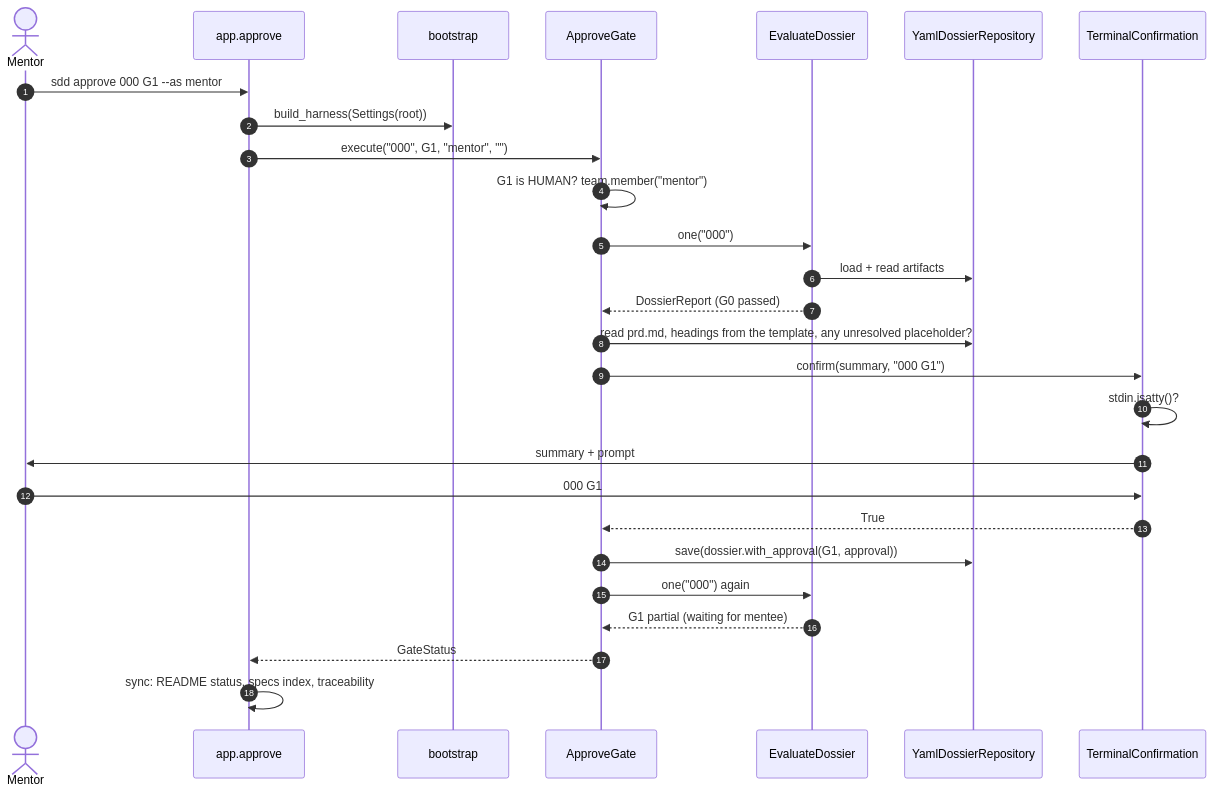
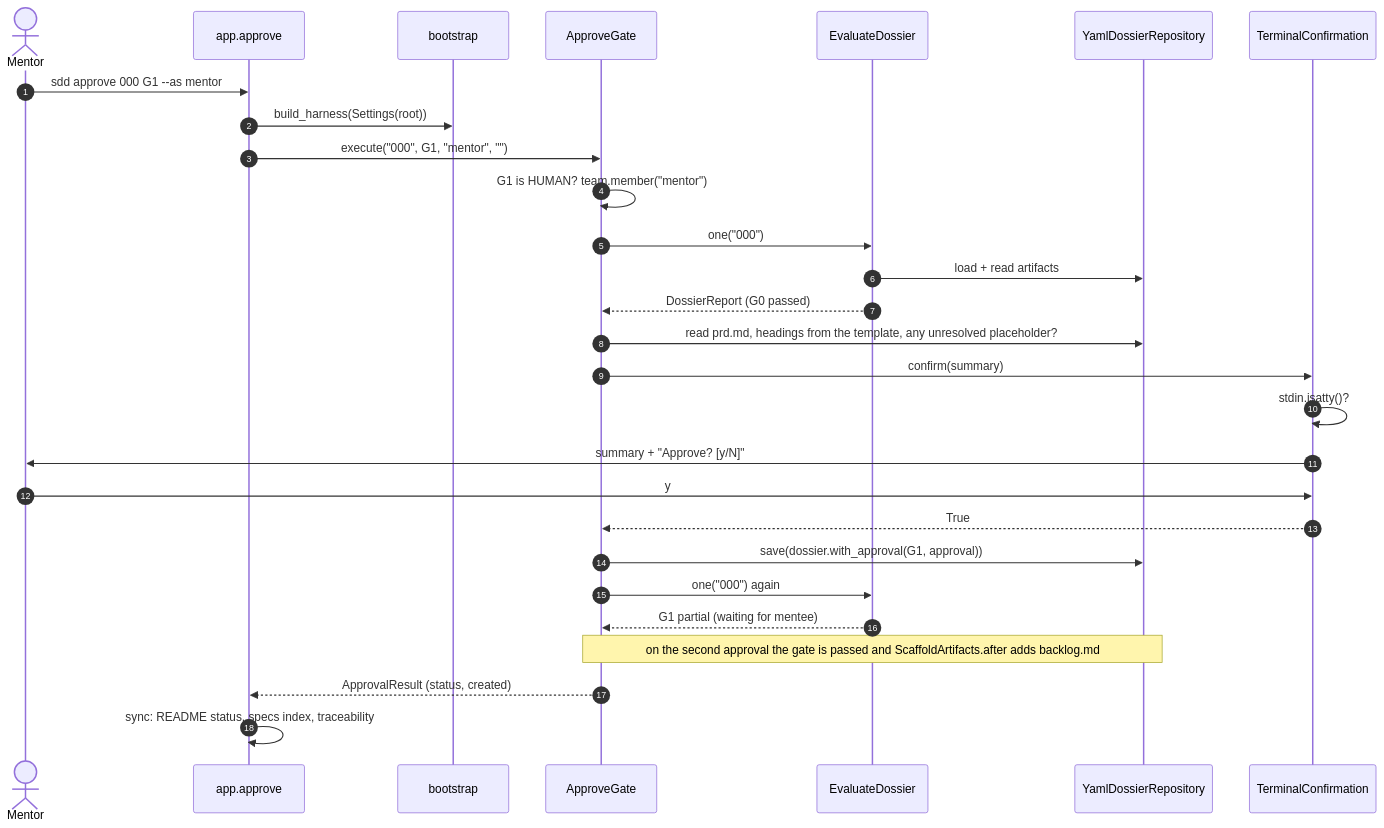
Before and after one commit to IAugustoMZ/orion_chemicals_data_platform: the seventh of 8 diagrams in specs/000-sdd-harness/teaching-guide.md, drawn with Mermaid. The commit also changed other lines of this file and 51 other files, not shown here.

````diff
--- a/specs/000-sdd-harness/teaching-guide.md
+++ b/specs/000-sdd-harness/teaching-guide.md
@@ -465,29 +472,30 @@
 ```mermaid
 sequenceDiagram
     autonumber
     actor M as Mentor
     participant CLI as app.approve
     participant B as bootstrap
     participant UC as ApproveGate
     participant EV as EvaluateDossier
     participant R as YamlDossierRepository
     participant T as TerminalConfirmation
     M->>CLI: sdd approve 000 G1 --as mentor
     CLI->>B: build_harness(Settings(root))
     CLI->>UC: execute("000", G1, "mentor", "")
     UC->>UC: G1 is HUMAN? team.member("mentor")
     UC->>EV: one("000")
     EV->>R: load + read artifacts
     EV-->>UC: DossierReport (G0 passed)
     UC->>R: read prd.md, headings from the template, any unresolved placeholder?
-    UC->>T: confirm(summary, "000 G1")
+    UC->>T: confirm(summary)
     T->>T: stdin.isatty()?
-    T->>M: summary + prompt
-    M->>T: 000 G1
+    T->>M: summary + "Approve? [y/N]"
+    M->>T: y
     T-->>UC: True
     UC->>R: save(dossier.with_approval(G1, approval))
     UC->>EV: one("000") again
     EV-->>UC: G1 partial (waiting for mentee)
-    UC-->>CLI: GateStatus
+    Note over UC,R: on the second approval the gate is passed and ScaffoldArtifacts.after adds backlog.md
+    UC-->>CLI: ApprovalResult (status, created)
     CLI->>CLI: sync: README status, specs index, traceability
 ```
````
